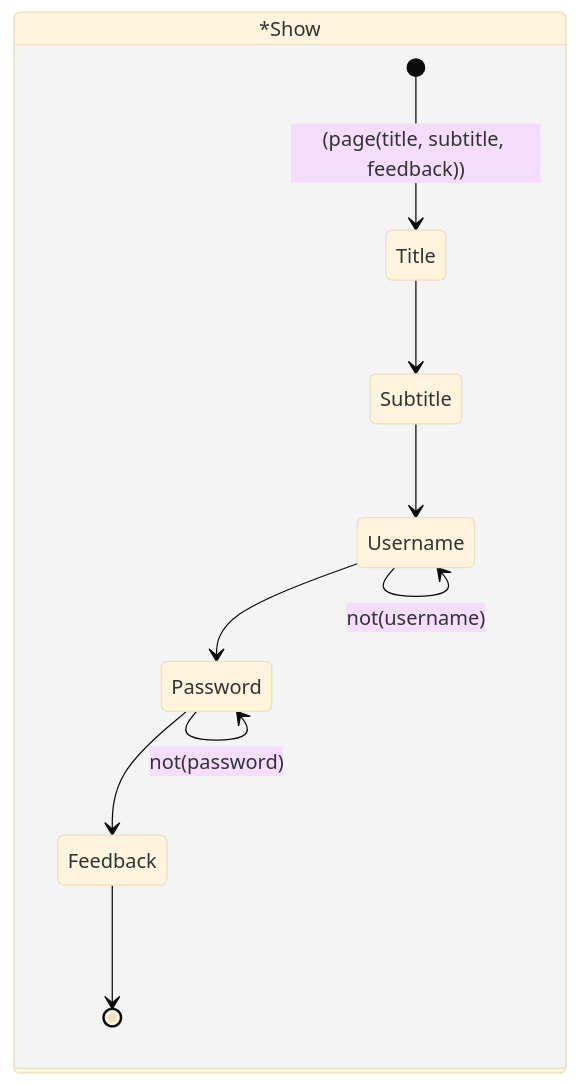
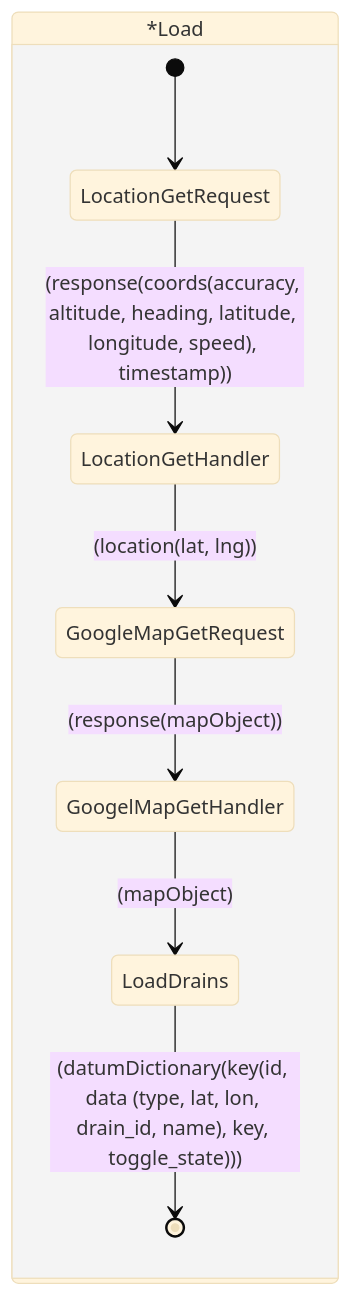
Before and after one commit to Wilfongjt/lb-A: the ninth of 37 diagrams in README.md, drawn with Mermaid. The commit also changed other lines of this file, not shown here.

````diff
--- a/README.md
+++ b/README.md
@@ -133,19 +154,17 @@
 ```mermaid
 
 %%{init: {'securityLevel': 'loose', 'theme':'base'}}%%
 stateDiagram
  
- state *Show
+ state *Load
      {
-    [*] --> Title : (page(title, subtitle, feedback))
-    Title --> Subtitle
-    Subtitle --> Username
-    Username --> Password
-    Password --> Feedback
-    Feedback --> [*]
+    [*] --> LocationGetRequest
+    LocationGetRequest --> LocationGetHandler : (response(coords(accuracy, altitude, heading, latitude, longitude, speed), timestamp))
+    LocationGetHandler --> GoogleMapGetRequest : (location(lat, lng))
+    GoogleMapGetRequest --> GoogelMapGetHandler : (response(mapObject))
+    GoogelMapGetHandler --> LoadDrains : (mapObject)
+    LoadDrains --> [*] : (datumDictionary(key(id, data (type, lat, lon, drain_id, name), key, toggle_state)))
   }
  
-Username --> Username : not(username)
-Password --> Password : not(password)
  
 ```
````
